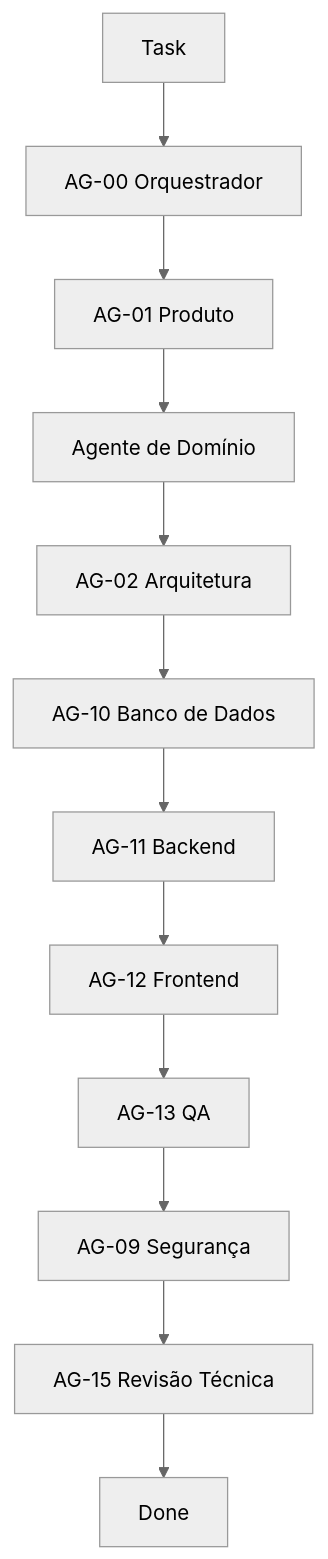
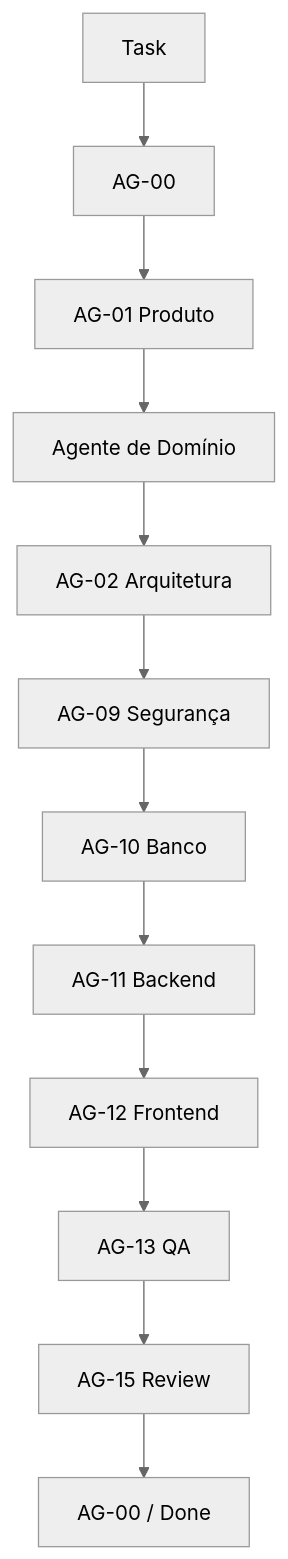
One commit to Wendersonjose/uberhidraulica-erp changed the fourth of 4 diagrams in README.md. Above: the diagram before and after it, drawn with Mermaid (neutral theme). The commit also changed other lines of this file and 4 other files, not shown here.

````diff
--- a/README.md
+++ b/README.md
@@ -651,29 +884,27 @@
 ```mermaid
 flowchart TD
     TASK[Task]
-
-    AG00[AG-00 Orquestrador]
+    AG00[AG-00]
     AG01[AG-01 Produto]
     DOMAIN[Agente de Domínio]
     AG02[AG-02 Arquitetura]
-    AG10[AG-10 Banco de Dados]
+    AG09[AG-09 Segurança]
+    AG10[AG-10 Banco]
     AG11[AG-11 Backend]
     AG12[AG-12 Frontend]
     AG13[AG-13 QA]
-    AG09[AG-09 Segurança]
-    AG15[AG-15 Revisão Técnica]
-
-    DONE[Done]
+    AG15[AG-15 Review]
+    DONE[AG-00 / Done]
 
     TASK --> AG00
     AG00 --> AG01
     AG01 --> DOMAIN
     DOMAIN --> AG02
-    AG02 --> AG10
+    AG02 --> AG09
+    AG09 --> AG10
     AG10 --> AG11
     AG11 --> AG12
     AG12 --> AG13
-    AG13 --> AG09
-    AG09 --> AG15
+    AG13 --> AG15
     AG15 --> DONE
 ```
````
